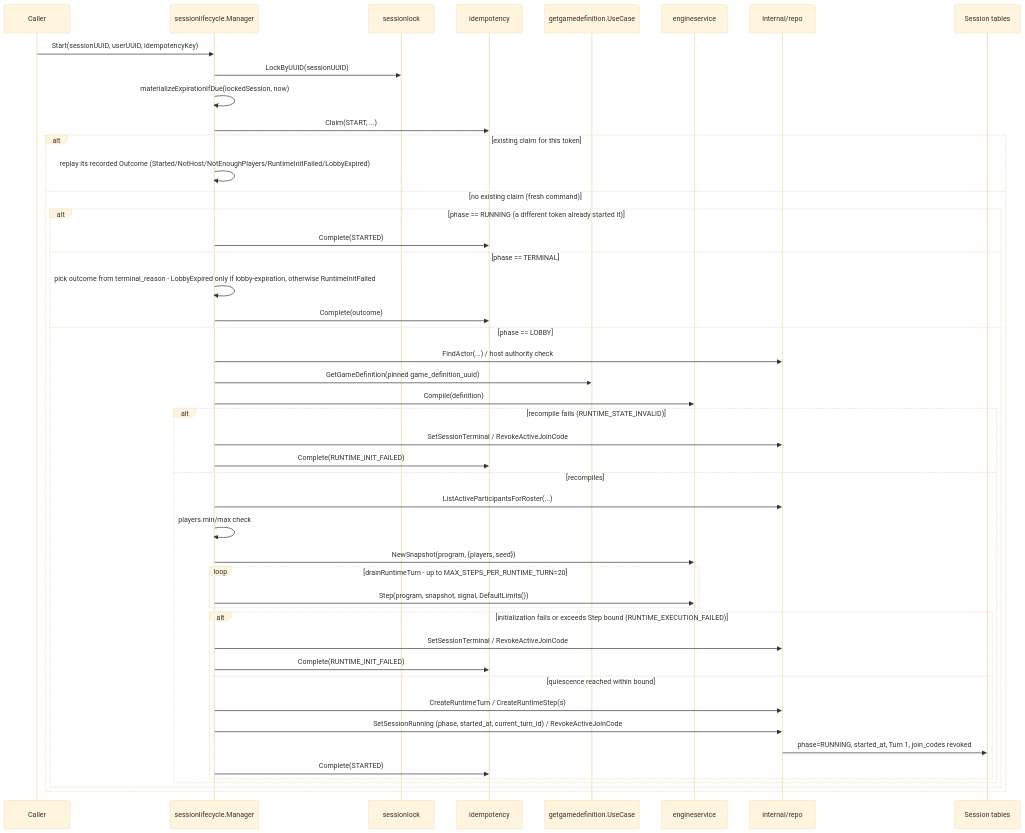
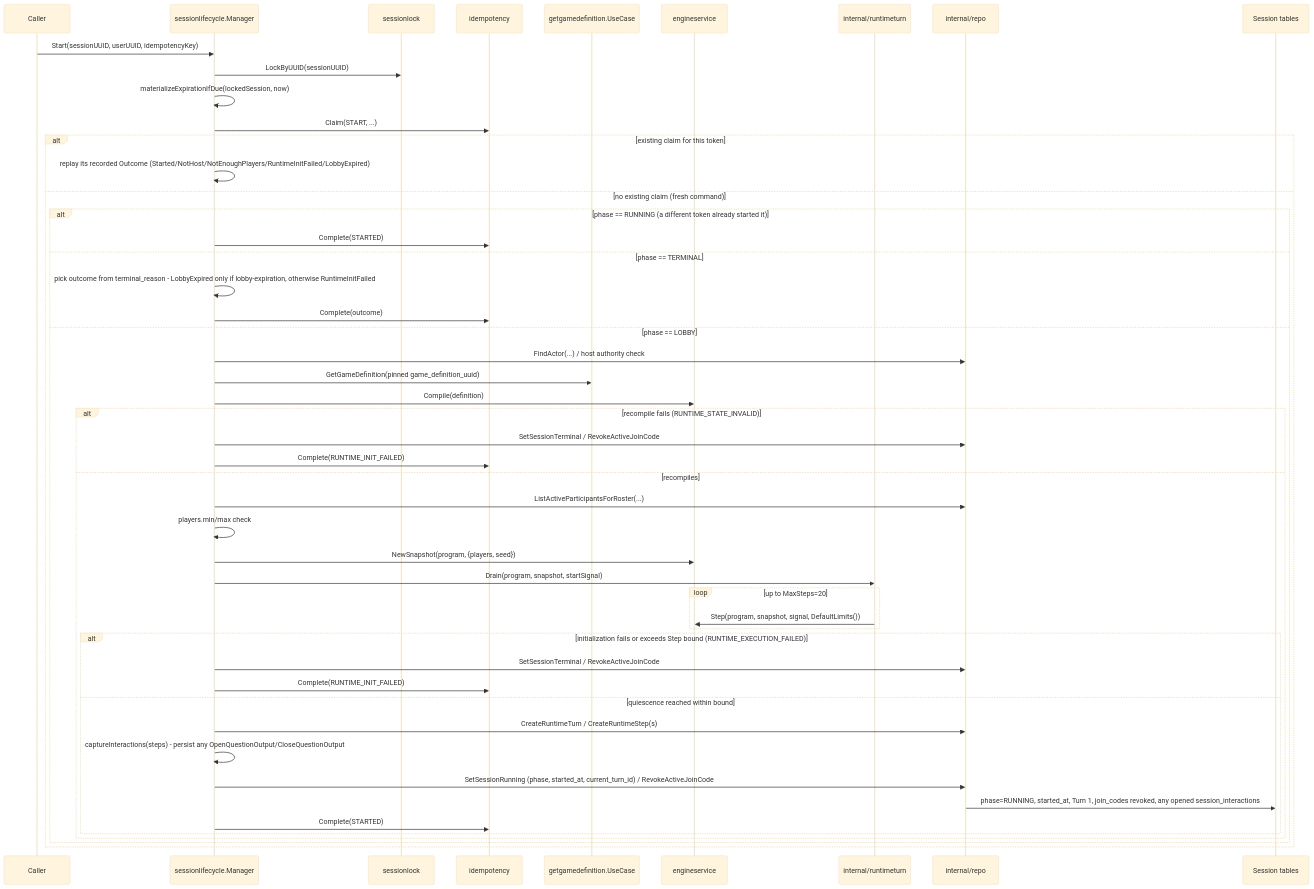
Before and after one commit to diegobermudez03/playhoot: the third of 4 diagrams in game/docs/FLOWS.md, drawn with Mermaid (base theme). The commit also changed other lines of this file and 40 other files, not shown here.

````diff
--- a/game/docs/FLOWS.md
+++ b/game/docs/FLOWS.md
@@ -82,50 +82,53 @@
 ```mermaid
 sequenceDiagram
     participant Caller
     participant Mgr as sessionlifecycle.Manager
     participant Lock as sessionlock
     participant Idem as idempotency
     participant GetDef as getgamedefinition.UseCase
     participant Engine as engineservice
+    participant Drain as internal/runtimeturn
     participant Repo as internal/repo
     participant DB as Session tables
 
     Caller->>Mgr: Start(sessionUUID, userUUID, idempotencyKey)
     Mgr->>Lock: LockByUUID(sessionUUID)
     Mgr->>Mgr: materializeExpirationIfDue(lockedSession, now)
     Mgr->>Idem: Claim(START, ...)
     alt existing claim for this token
         Mgr->>Mgr: replay its recorded Outcome (Started/NotHost/NotEnoughPlayers/RuntimeInitFailed/LobbyExpired)
     else no existing claim (fresh command)
         alt phase == RUNNING (a different token already started it)
             Mgr->>Idem: Complete(STARTED)
         else phase == TERMINAL
             Mgr->>Mgr: pick outcome from terminal_reason - LobbyExpired only if lobby-expiration, otherwise RuntimeInitFailed
             Mgr->>Idem: Complete(outcome)
         else phase == LOBBY
             Mgr->>Repo: FindActor(...) / host authority check
             Mgr->>GetDef: GetGameDefinition(pinned game_definition_uuid)
             Mgr->>Engine: Compile(definition)
             alt recompile fails (RUNTIME_STATE_INVALID)
                 Mgr->>Repo: SetSessionTerminal / RevokeActiveJoinCode
                 Mgr->>Idem: Complete(RUNTIME_INIT_FAILED)
             else recompiles
                 Mgr->>Repo: ListActiveParticipantsForRoster(...)
                 Mgr->>Mgr: players.min/max check
                 Mgr->>Engine: NewSnapshot(program, {players, seed})
-                loop drainRuntimeTurn - up to MAX_STEPS_PER_RUNTIME_TURN=20
-                    Mgr->>Engine: Step(program, snapshot, signal, DefaultLimits())
+                Mgr->>Drain: Drain(program, snapshot, startSignal)
+                loop up to MaxSteps=20
+                    Drain->>Engine: Step(program, snapshot, signal, DefaultLimits())
                 end
                 alt initialization fails or exceeds Step bound (RUNTIME_EXECUTION_FAILED)
                     Mgr->>Repo: SetSessionTerminal / RevokeActiveJoinCode
                     Mgr->>Idem: Complete(RUNTIME_INIT_FAILED)
                 else quiescence reached within bound
                     Mgr->>Repo: CreateRuntimeTurn / CreateRuntimeStep(s)
+                    Mgr->>Mgr: captureInteractions(steps) - persist any OpenQuestionOutput/CloseQuestionOutput
                     Mgr->>Repo: SetSessionRunning (phase, started_at, current_turn_id) / RevokeActiveJoinCode
-                    Repo->>DB: phase=RUNNING, started_at, Turn 1, join_codes revoked
+                    Repo->>DB: phase=RUNNING, started_at, Turn 1, join_codes revoked, any opened session_interactions
                     Mgr->>Idem: Complete(STARTED)
                 end
             end
         end
     end
 ```
````
